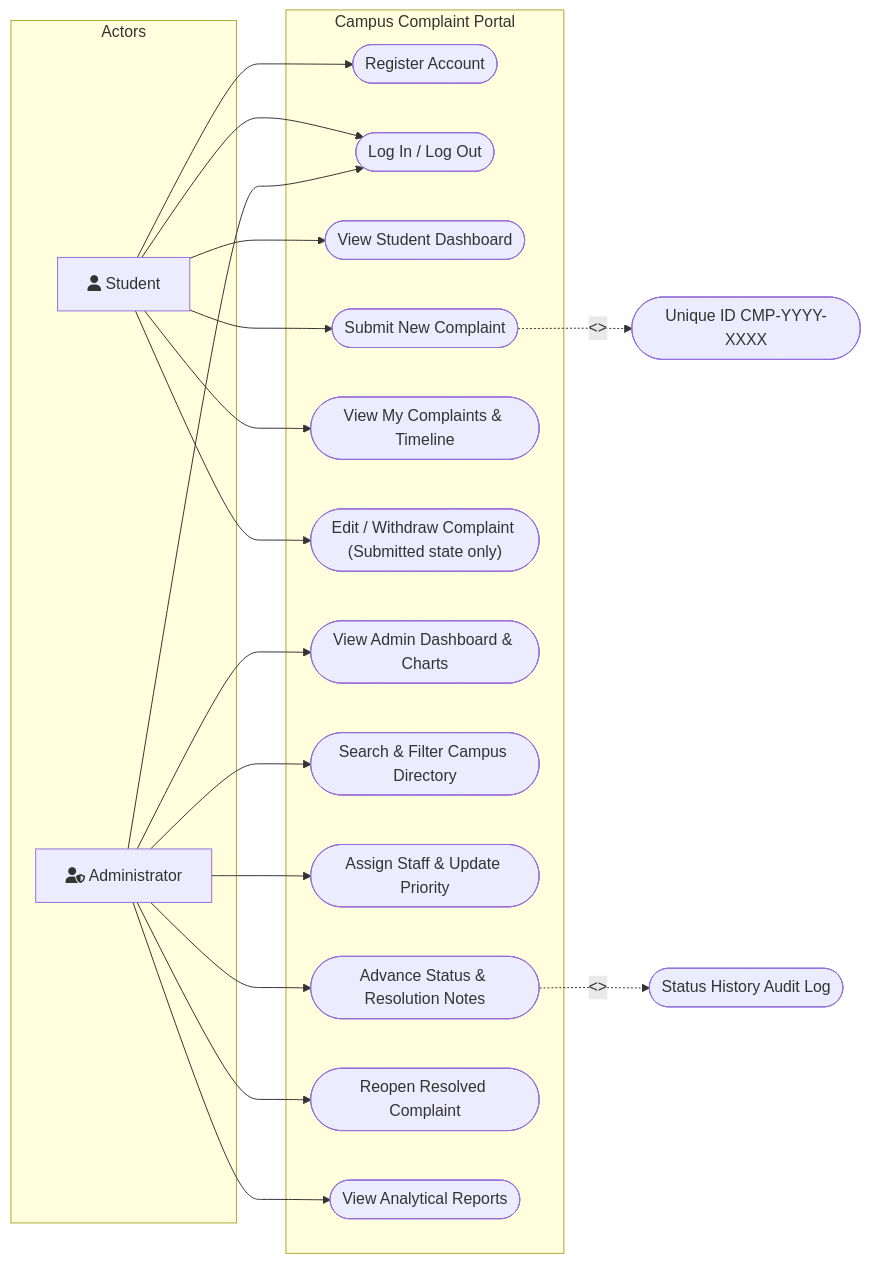
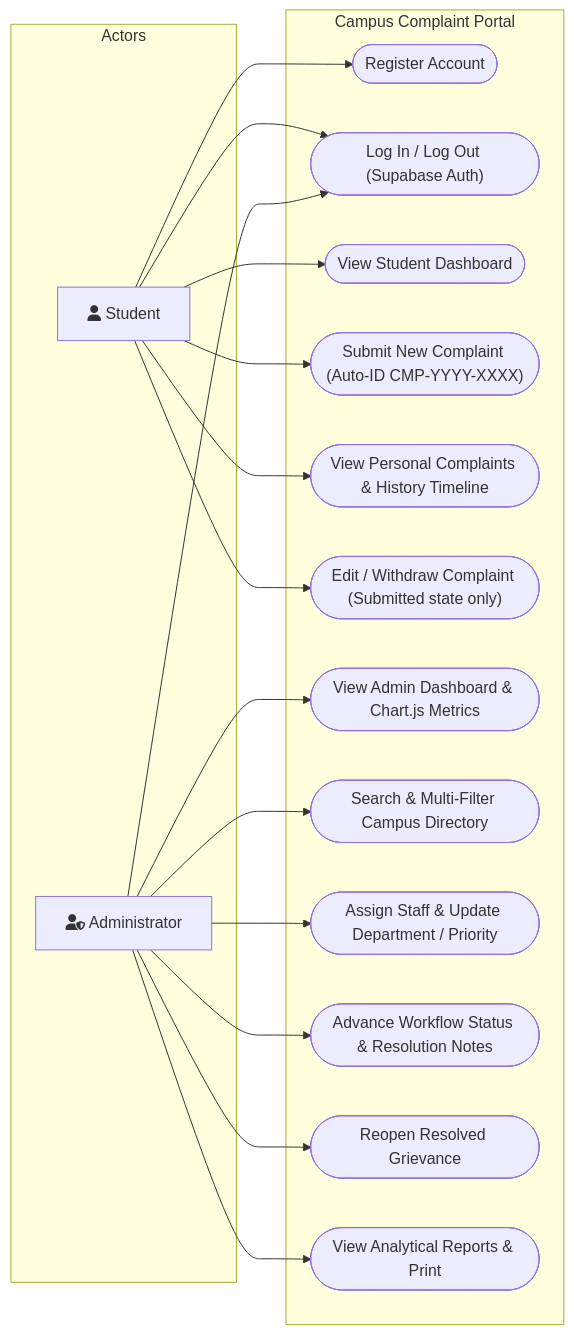
One commit to jenisia-tech/Campus-Complaint-management- changed the second of 5 diagrams in docs/CO2_UML_Design.md. Above: the diagram before and after it, drawn with Mermaid. The commit also changed other lines of this file and 151 other files, not shown here.

````diff
--- a/docs/CO2_UML_Design.md
+++ b/docs/CO2_UML_Design.md
@@ -27,40 +59,37 @@
 ```mermaid
 graph LR
     subgraph Actors
         Student["fa:fa-user Student"]
         Admin["fa:fa-user-shield Administrator"]
     end
 
     subgraph "Campus Complaint Portal"
         UC1(["Register Account"])
-        UC2(["Log In / Log Out"])
+        UC2(["Log In / Log Out (Supabase Auth)"])
         UC3(["View Student Dashboard"])
-        UC4(["Submit New Complaint"])
-        UC5(["View My Complaints & Timeline"])
+        UC4(["Submit New Complaint (Auto-ID CMP-YYYY-XXXX)"])
+        UC5(["View Personal Complaints & History Timeline"])
         UC6(["Edit / Withdraw Complaint (Submitted state only)"])
-        UC7(["View Admin Dashboard & Charts"])
-        UC8(["Search & Filter Campus Directory"])
-        UC9(["Assign Staff & Update Priority"])
-        UC10(["Advance Status & Resolution Notes"])
-        UC11(["Reopen Resolved Complaint"])
-        UC12(["View Analytical Reports"])
+        UC7(["View Admin Dashboard & Chart.js Metrics"])
+        UC8(["Search & Multi-Filter Campus Directory"])
+        UC9(["Assign Staff & Update Department / Priority"])
+        UC10(["Advance Workflow Status & Resolution Notes"])
+        UC11(["Reopen Resolved Grievance"])
+        UC12(["View Analytical Reports & Print"])
     end
 
     Student --> UC1
     Student --> UC2
     Student --> UC3
     Student --> UC4
     Student --> UC5
     Student --> UC6
 
     Admin --> UC2
     Admin --> UC7
     Admin --> UC8
     Admin --> UC9
     Admin --> UC10
     Admin --> UC11
     Admin --> UC12
-
-    UC4 -.->|"<<generates>>"| UC4_ID(["Unique ID CMP-YYYY-XXXX"])
-    UC10 -.->|"<<records>>"| UC10_HIST(["Status History Audit Log"])
 ```
````
